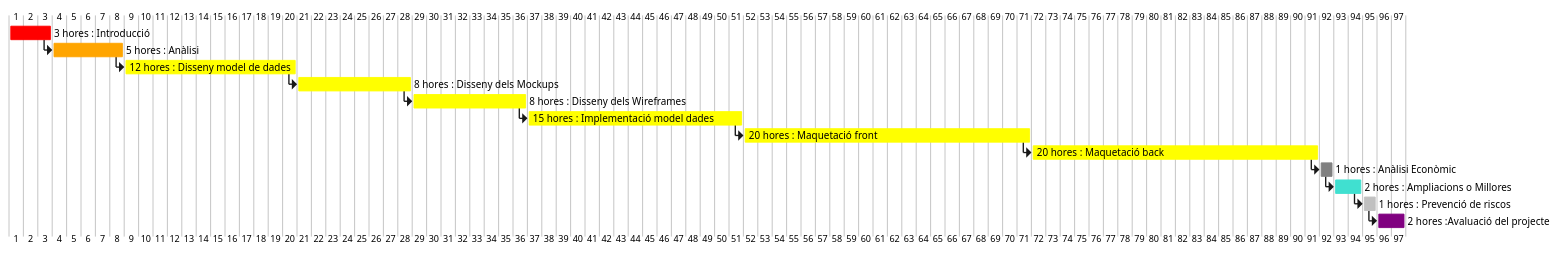
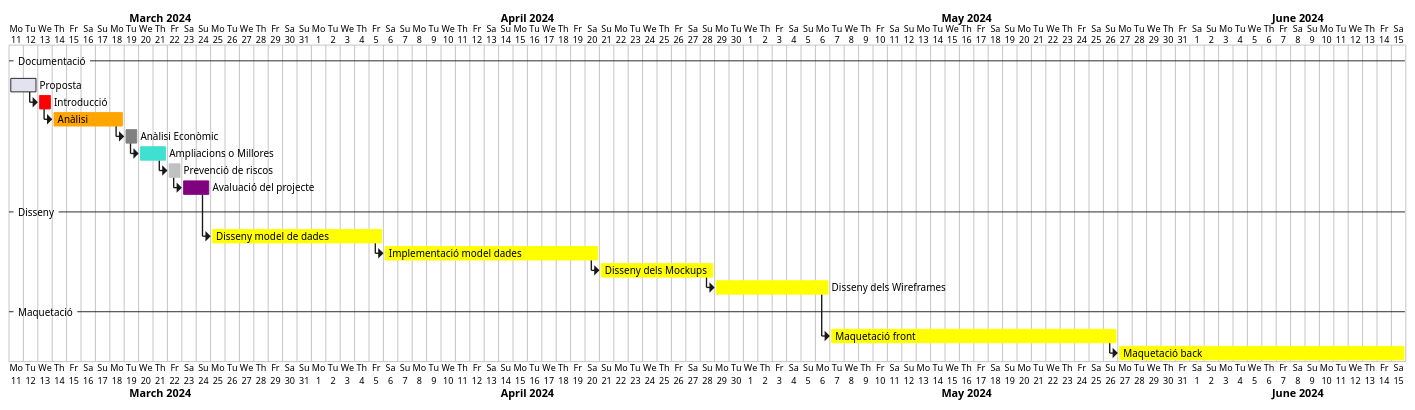
One commit to javieramosfuentes/CVC_projecte_javi changed the diagram in docs/planificacio.puml. Above: the diagram before and after it, drawn with PlantUML.

Commit message:
planification done

```diff
--- a/docs/planificacio.puml
+++ b/docs/planificacio.puml
@@ -1,18 +1,25 @@
 @startgantt
-printscale daily zoom 1
+Project starts the 11 of March 2024
 
 ' Tareas principals
-[3 hores : Introducció] lasts 3 days and is colored in Red
-[5 hores : Anàlisi] lasts 5 days and starts at [3 hores : Introducció]'s end and is colored in Orange
-[12 hores : Disseny model de dades] lasts 12 days and starts at [5 hores : Anàlisi]'s end and is colored in Yellow
-[8 hores : Disseny dels Mockups] lasts 8 days and starts at [12 hores : Disseny model de dades]'s end and is colored in Yellow
-[8 hores : Disseny dels Wireframes] lasts 8 days and starts at [8 hores : Disseny dels Mockups]'s end and is colored in Yellow
-[15 hores : Implementació model dades] lasts 15 days and starts at [8 hores : Disseny dels Wireframes]'s end and is colored in Yellow
-[20 hores : Maquetació front] lasts 20 days and starts at [15 hores : Implementació model dades]'s end and is colored in Yellow
-[20 hores : Maquetació back] lasts 20 days and starts at [20 hores : Maquetació front]'s end and is colored in Yellow
-[1 hores : Anàlisi Econòmic] lasts 1 days and starts at [20 hores : Maquetació back]'s end and is colored in Grey
-[2 hores : Ampliacions o Millores] lasts 2 days and starts at [1 hores : Anàlisi Econòmic]'s end and is colored in Turquoise
-[1 hores : Prevenció de riscos] lasts 1 days and starts at [2 hores : Ampliacions o Millores]'s end and is colored in Silver
-[2 hores :Avaluació del projecte] lasts 2 days and starts at [1 hores : Prevenció de riscos]'s end and is colored in Purple
 
+-- Documentació --
+[Proposta] lasts 2 days
+[Introducció] lasts 1 days and starts at [Proposta]'s end and is colored in Red
+[Anàlisi] lasts 5 days and starts at [Introducció]'s end and is colored in Orange
+[Anàlisi Econòmic] lasts 1 days and starts at [Anàlisi]'s end and is colored in Grey
+[Ampliacions o Millores] lasts 2 days and starts at [Anàlisi Econòmic]'s end and is colored in Turquoise
+[Prevenció de riscos] lasts 1 days and starts at [Ampliacions o Millores]'s end and is colored in Silver
+[Avaluació del projecte] lasts 2 days and starts at [Prevenció de riscos]'s end and is colored in Purple
+
+-- Disseny --
+[Disseny model de dades] lasts 12 days and starts at [Avaluació del projecte]'s end and is colored in Yellow
+[Implementació model dades] lasts 15 days and starts at [Disseny model de dades]'s end and is colored in Yellow
+[Disseny dels Mockups] lasts 8 days and starts at [Implementació model dades]'s end and is colored in Yellow
+[Disseny dels Wireframes] lasts 8 days and starts at [Disseny dels Mockups]'s end and is colored in Yellow
+
+-- Maquetació --
+
+[Maquetació front] lasts 20 days and starts at [Disseny dels Wireframes]'s end and is colored in Yellow
+[Maquetació back] lasts 20 days and starts at [Maquetació front]'s end and is colored in Yellow
 @endgantt
```
